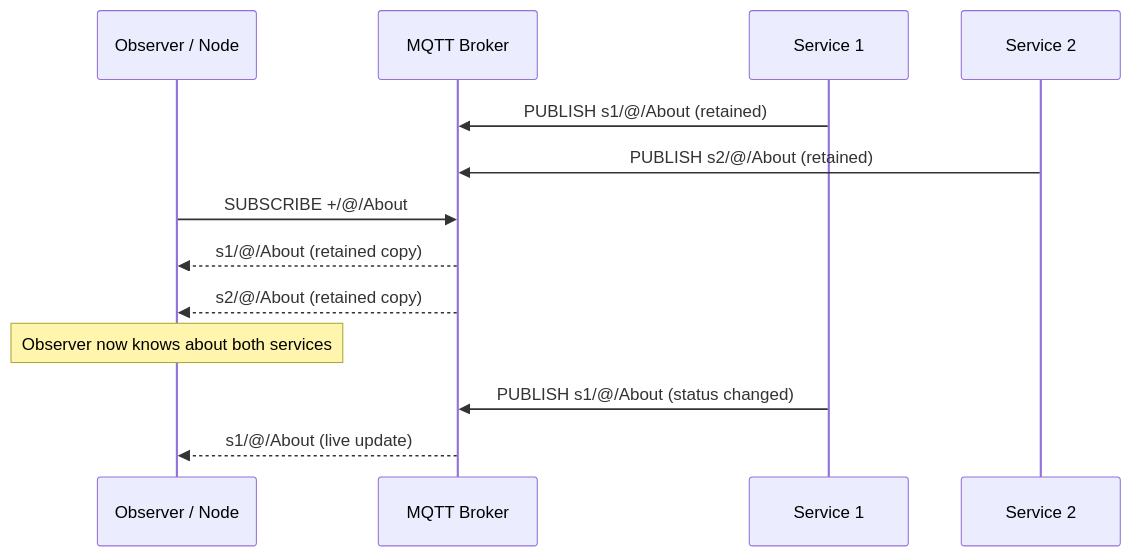
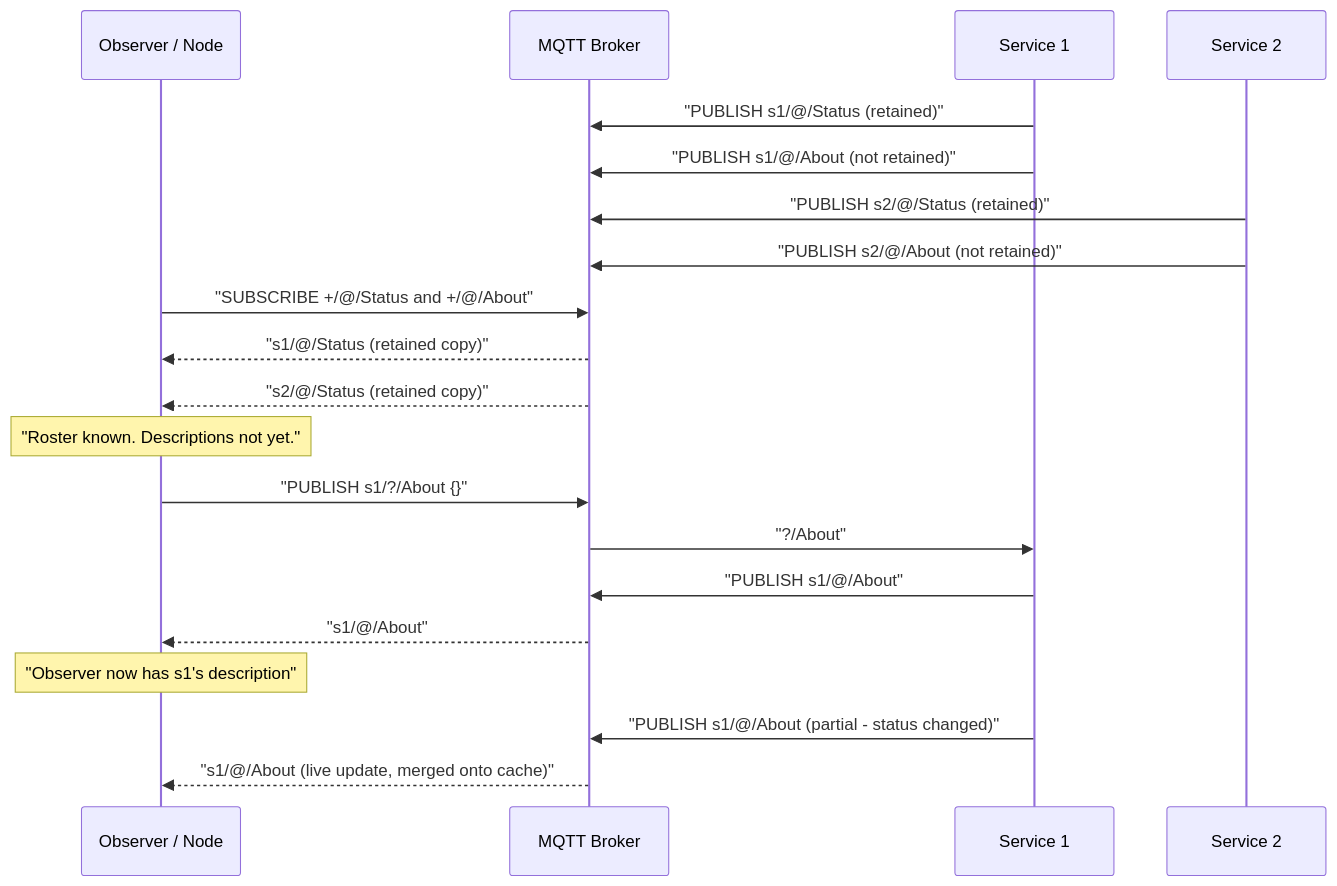
Before and after one commit to BuildLynx/lynx-sdk-python: the ninth of 9 diagrams in docs/protocol.md, drawn with Mermaid. The commit also changed other lines of this file, not shown here.

Commit message:
Updated docs with new Status endpoint and about network heirarchy and About being non-retained

````diff
--- a/docs/protocol.md
+++ b/docs/protocol.md
@@ -1094,19 +1343,28 @@
 ```mermaid
 sequenceDiagram
     participant Observer as Observer / Node
     participant B as MQTT Broker
     participant S1 as Service 1
     participant S2 as Service 2
 
-    S1->>B: PUBLISH s1/@/About (retained)
-    S2->>B: PUBLISH s2/@/About (retained)
+    S1->>B: "PUBLISH s1/@/Status (retained)"
+    S1->>B: "PUBLISH s1/@/About (not retained)"
+    S2->>B: "PUBLISH s2/@/Status (retained)"
+    S2->>B: "PUBLISH s2/@/About (not retained)"
 
-    Observer->>B: SUBSCRIBE +/@/About
-    B-->>Observer: s1/@/About (retained copy)
-    B-->>Observer: s2/@/About (retained copy)
+    Observer->>B: "SUBSCRIBE +/@/Status and +/@/About"
+    B-->>Observer: "s1/@/Status (retained copy)"
+    B-->>Observer: "s2/@/Status (retained copy)"
 
-    Note over Observer: Observer now knows about both services
+    Note over Observer: "Roster known. Descriptions not yet."
 
-    S1->>B: PUBLISH s1/@/About (status changed)
-    B-->>Observer: s1/@/About (live update)
+    Observer->>B: "PUBLISH s1/?/About {}"
+    B->>S1: "?/About"
+    S1->>B: "PUBLISH s1/@/About"
+    B-->>Observer: "s1/@/About"
+
+    Note over Observer: "Observer now has s1's description"
+
+    S1->>B: "PUBLISH s1/@/About (partial - status changed)"
+    B-->>Observer: "s1/@/About (live update, merged onto cache)"
 ```
````
